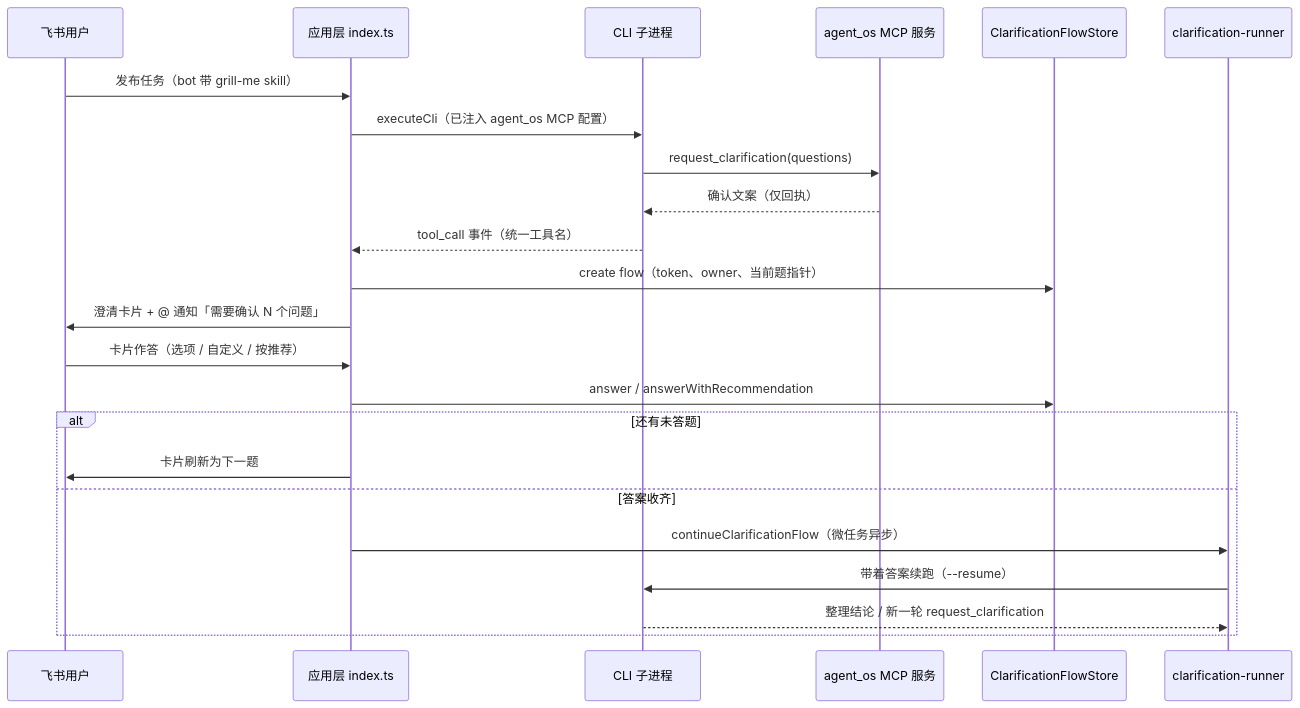
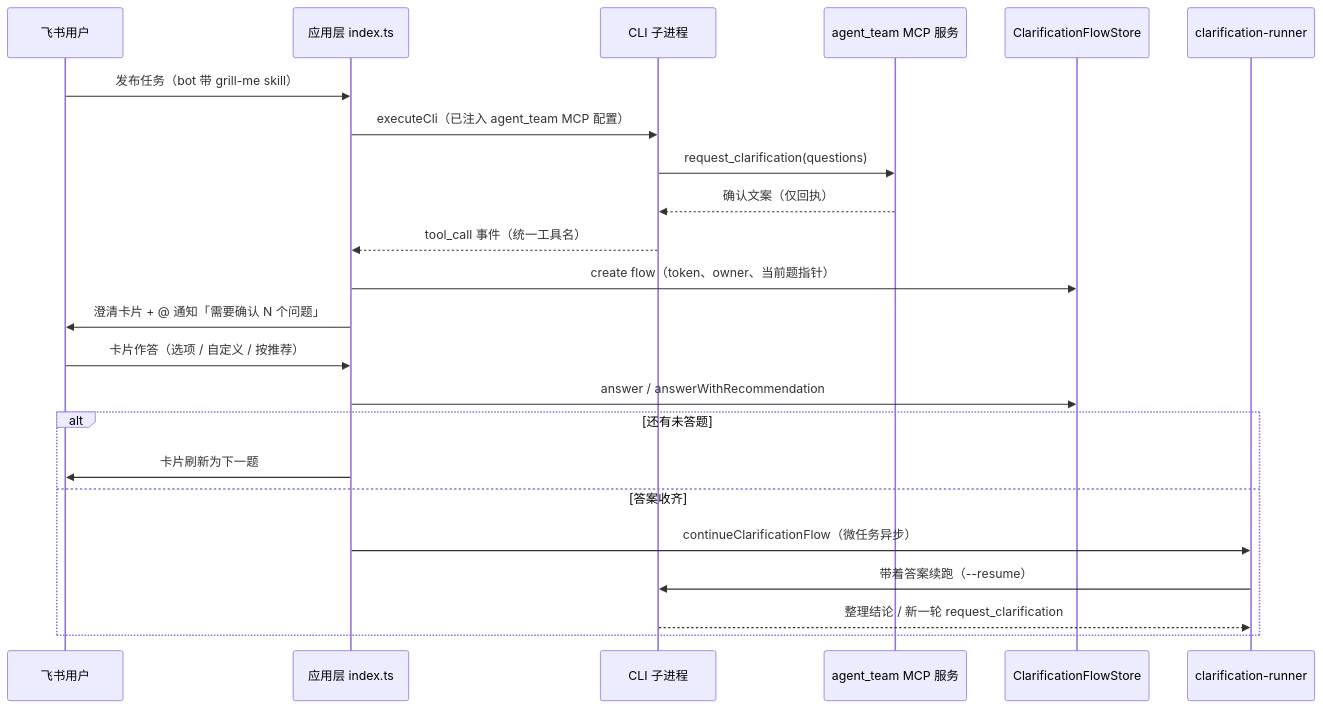
Before and after one commit to CerrorJ/Agent-Team: the diagram in openwiki/domain/clarification.md, drawn with Mermaid. The commit also changed other lines of this file and 11 other files, not shown here.

````diff
--- a/openwiki/domain/clarification.md
+++ b/openwiki/domain/clarification.md
@@ -21,26 +21,26 @@
 ```mermaid
 sequenceDiagram
     participant User as 飞书用户
     participant App as 应用层 index.ts
     participant CLI as CLI 子进程
-    participant MCP as agent_os MCP 服务
+    participant MCP as agent_team MCP 服务
     participant Store as ClarificationFlowStore
     participant Runner as clarification-runner
 
     User->>App: 发布任务（bot 带 grill-me skill）
-    App->>CLI: executeCli（已注入 agent_os MCP 配置）
+    App->>CLI: executeCli（已注入 agent_team MCP 配置）
     CLI->>MCP: request_clarification(questions)
     MCP-->>CLI: 确认文案（仅回执）
     CLI-->>App: tool_call 事件（统一工具名）
     App->>Store: create flow（token、owner、当前题指针）
     App->>User: 澄清卡片 + @ 通知「需要确认 N 个问题」
     User->>App: 卡片作答（选项 / 自定义 / 按推荐）
     App->>Store: answer / answerWithRecommendation
     alt 还有未答题
         App->>User: 卡片刷新为下一题
     else 答案收齐
         App->>Runner: continueClarificationFlow（微任务异步）
         Runner->>CLI: 带着答案续跑（--resume）
         CLI-->>Runner: 整理结论 / 新一轮 request_clarification
     end
 ```
````
